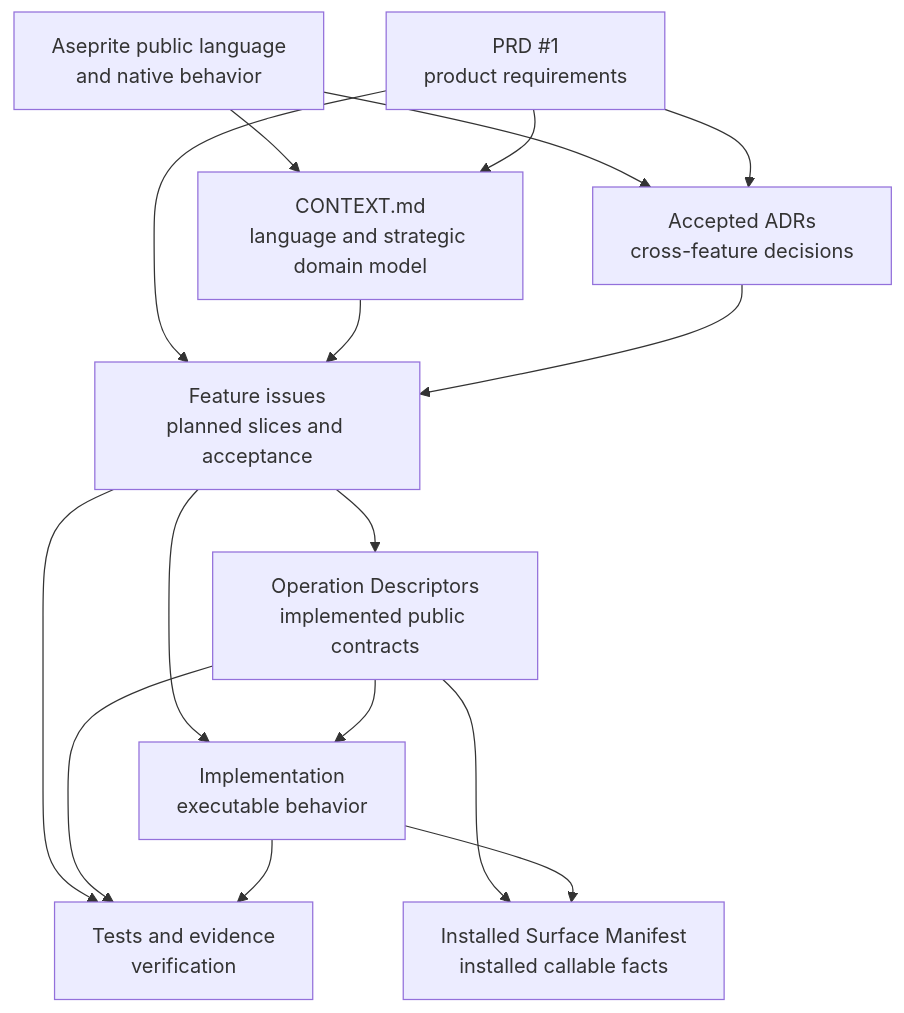
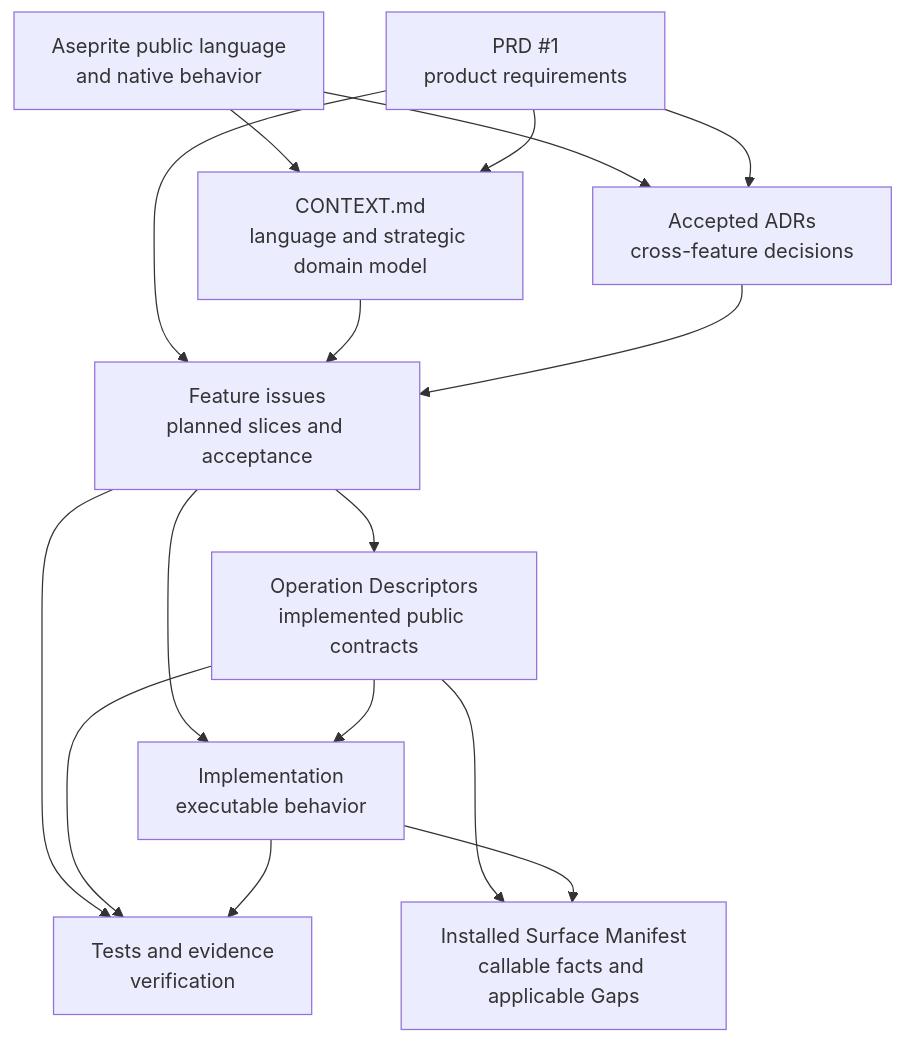
The first of 4 diagrams in AUTHORITY_MATRIX.md (aigengame/aseprite-automation), drawn with Mermaid before and after one commit. The commit also changed other lines of this file and 9 other files, not shown here.

````diff
--- a/AUTHORITY_MATRIX.md
+++ b/AUTHORITY_MATRIX.md
@@ -39,28 +39,28 @@
 ```mermaid
 flowchart TB
     Native[Aseprite public language<br/>and native behavior]
     PRD[PRD #1<br/>product requirements]
     Context[CONTEXT.md<br/>language and strategic domain model]
     ADRs[Accepted ADRs<br/>cross-feature decisions]
     Issues[Feature issues<br/>planned slices and acceptance]
     Descriptor[Operation Descriptors<br/>implemented public contracts]
     Implementation[Implementation<br/>executable behavior]
     Evidence[Tests and evidence<br/>verification]
-    Manifest[Installed Surface Manifest<br/>installed callable facts]
+    Manifest[Installed Surface Manifest<br/>callable facts and applicable Gaps]
 
     Native --> Context
     PRD --> Context
     Native --> ADRs
     PRD --> ADRs
     PRD --> Issues
     Context --> Issues
     ADRs --> Issues
     Issues --> Descriptor
     Issues --> Implementation
     Issues --> Evidence
     Descriptor --> Implementation
     Descriptor --> Evidence
     Implementation --> Evidence
     Descriptor --> Manifest
     Implementation --> Manifest
 ```
````
